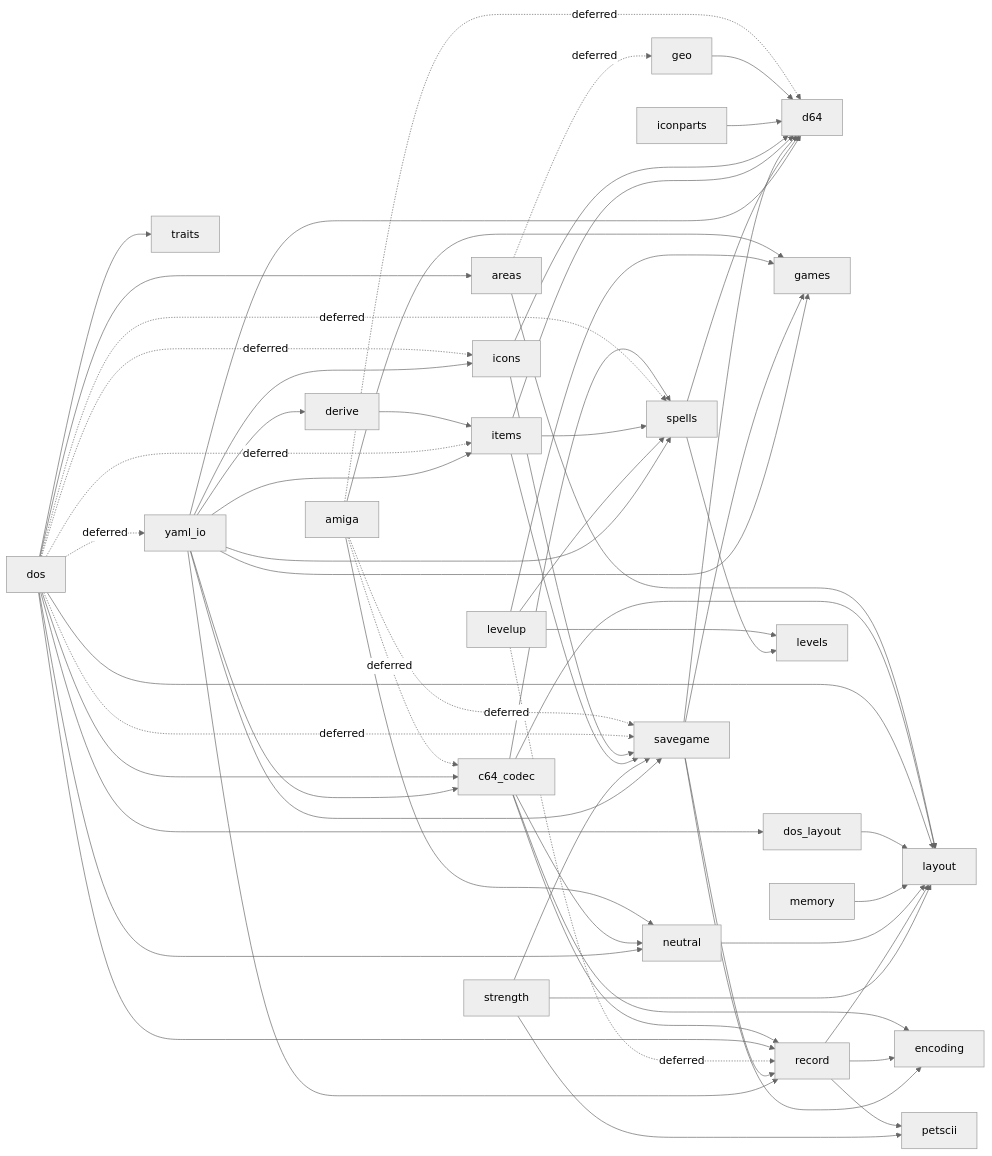
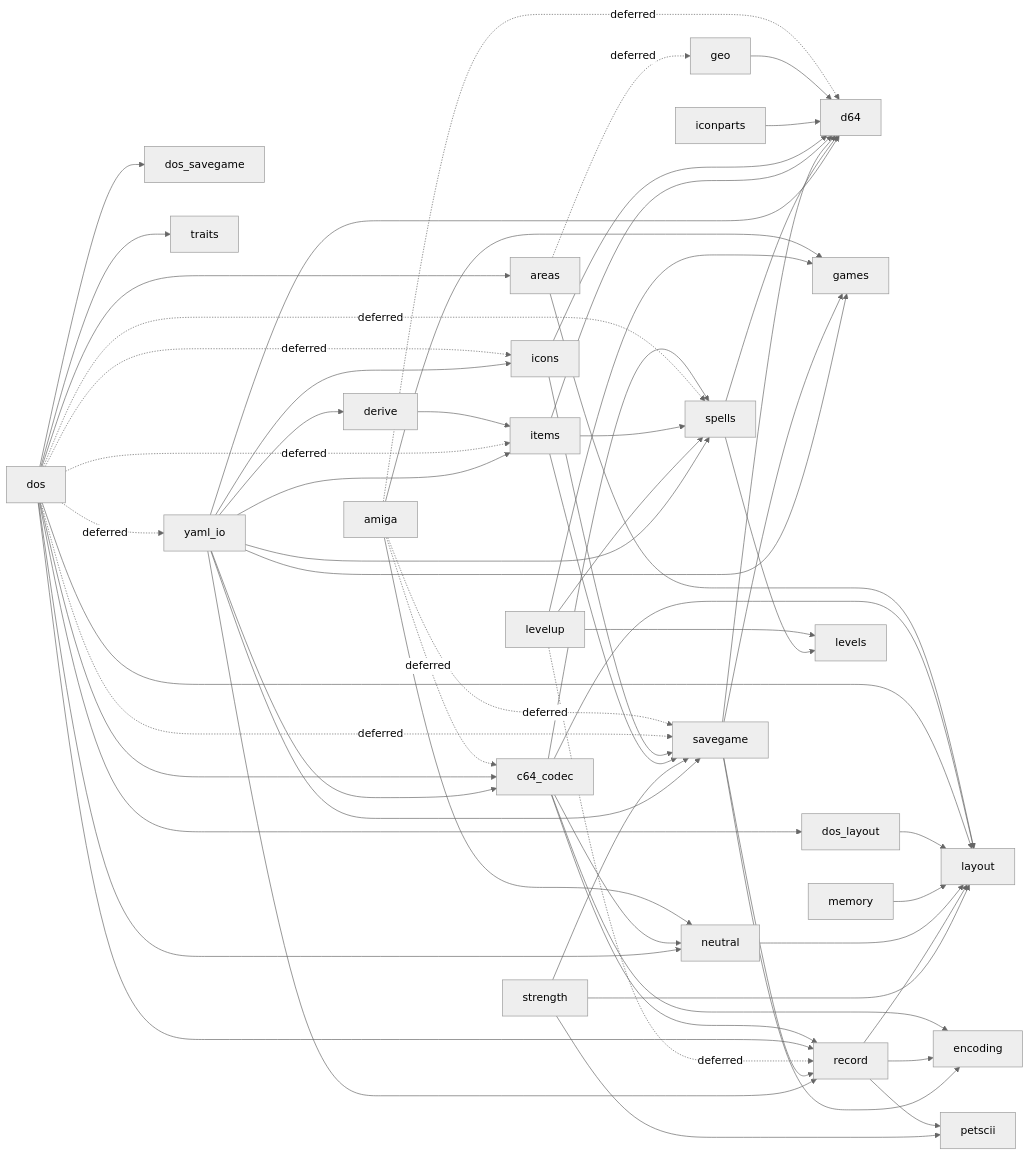
The fourth of 4 diagrams in docs/117-save-conversion.md (malcyon/wish), drawn with Mermaid (neutral theme) before and after one commit. The commit also changed other lines of this file and 8 other files, not shown here.

````diff
--- a/docs/117-save-conversion.md
+++ b/docs/117-save-conversion.md
@@ -1252,63 +1252,64 @@
 ```mermaid
 graph LR
   amiga -.->|deferred| c64_codec
   amiga -.->|deferred| d64
   amiga --> games
   amiga --> neutral
   amiga -.->|deferred| savegame
   areas -.->|deferred| geo
   areas --> layout
   c64_codec --> encoding
   c64_codec --> layout
   c64_codec --> neutral
   c64_codec --> record
   c64_codec --> spells
   derive --> items
   dos --> areas
   dos --> c64_codec
   dos --> dos_layout
+  dos --> dos_savegame
   dos -.->|deferred| icons
   dos -.->|deferred| items
   dos --> layout
   dos --> neutral
   dos --> record
   dos -.->|deferred| savegame
   dos -.->|deferred| spells
   dos --> traits
   dos -.->|deferred| yaml_io
   dos_layout --> layout
   geo --> d64
   iconparts --> d64
   icons --> d64
   icons --> savegame
   items --> d64
   items --> savegame
   items --> spells
   levelup --> games
   levelup --> levels
   levelup -.->|deferred| record
   levelup --> spells
   memory --> layout
   neutral --> layout
   record --> encoding
   record --> layout
   record --> petscii
   savegame --> d64
   savegame --> encoding
   savegame --> games
   savegame --> record
   spells --> d64
   spells --> levels
   strength --> layout
   strength --> petscii
   strength --> savegame
   yaml_io --> c64_codec
   yaml_io --> d64
   yaml_io --> derive
   yaml_io --> games
   yaml_io --> icons
   yaml_io --> items
   yaml_io --> record
   yaml_io --> savegame
   yaml_io --> spells
 ```
````
